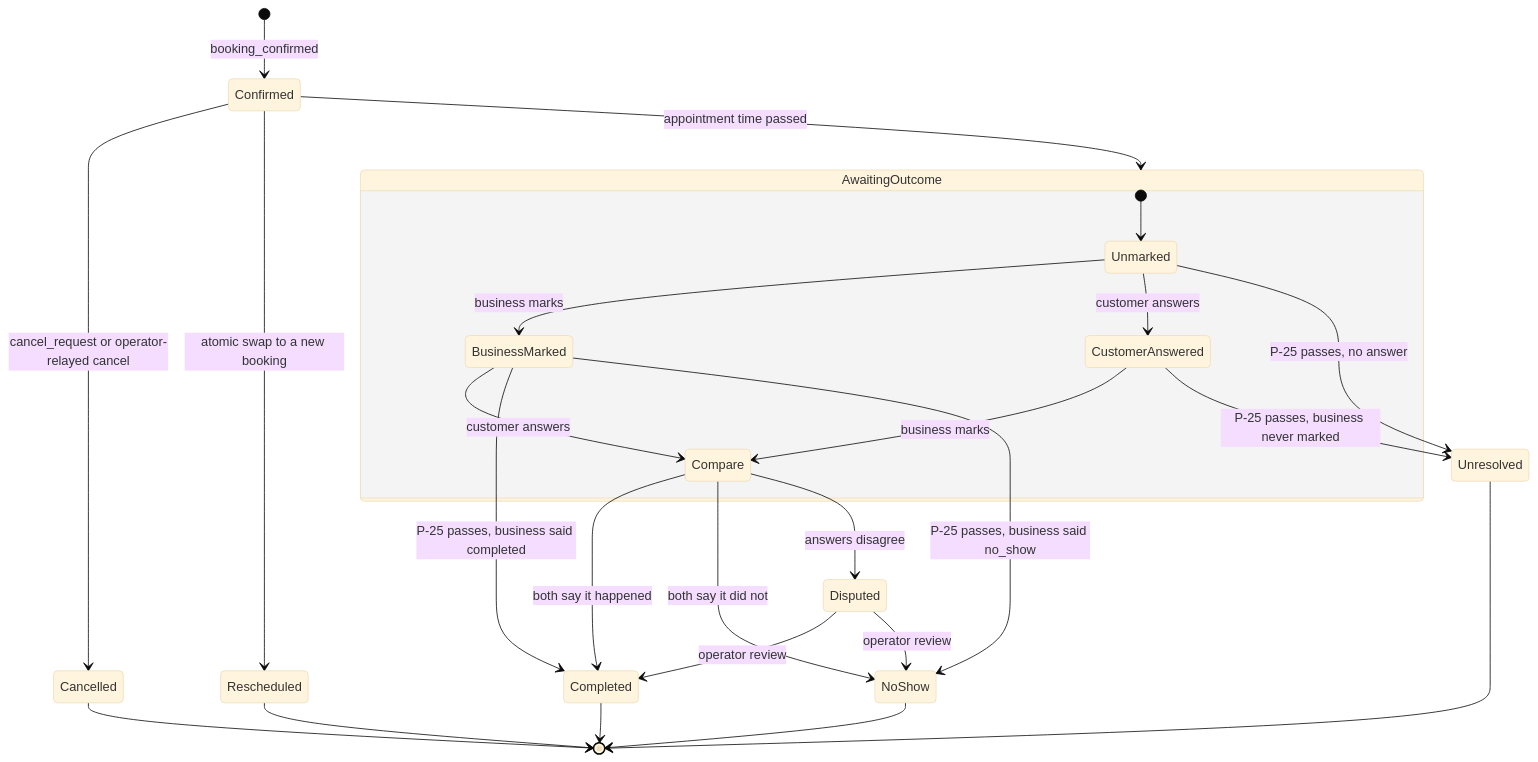
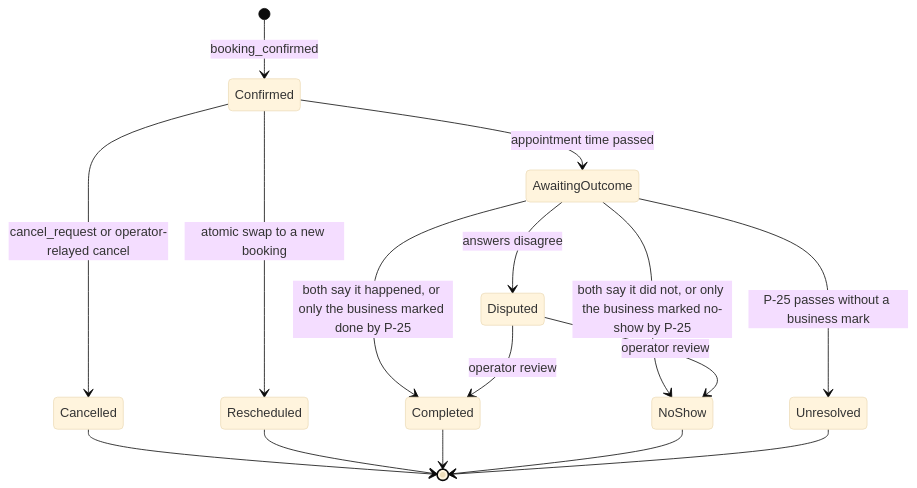
Before and after one commit to Jannisar01/hitchpost: diagram 31 of 36 in docs/sad/21-uml-models.md, drawn with Mermaid (base theme). The commit also changed other lines of this file and 39 other files, not shown here.

````diff
--- a/docs/sad/21-uml-models.md
+++ b/docs/sad/21-uml-models.md
@@ -1377,28 +1412,18 @@
 ```mermaid
 stateDiagram-v2
   [*] --> Confirmed: booking_confirmed
   Confirmed --> Cancelled: cancel_request or operator-relayed cancel
   Confirmed --> Rescheduled: atomic swap to a new booking
   Confirmed --> AwaitingOutcome: appointment time passed
-  state AwaitingOutcome {
-    [*] --> Unmarked
-    Unmarked --> BusinessMarked: business marks
-    Unmarked --> CustomerAnswered: customer answers
-    BusinessMarked --> Compare: customer answers
-    CustomerAnswered --> Compare: business marks
-  }
-  Compare --> Completed: both say it happened
-  Compare --> NoShow: both say it did not
-  Compare --> Disputed: answers disagree
-  BusinessMarked --> Completed: P-25 passes, business said completed
-  BusinessMarked --> NoShow: P-25 passes, business said no_show
-  Unmarked --> Unresolved: P-25 passes, no answer
-  CustomerAnswered --> Unresolved: P-25 passes, business never marked
+  AwaitingOutcome --> Completed: both say it happened, or only the business marked done by P-25
+  AwaitingOutcome --> NoShow: both say it did not, or only the business marked no-show by P-25
+  AwaitingOutcome --> Disputed: answers disagree
+  AwaitingOutcome --> Unresolved: P-25 passes without a business mark
   Disputed --> Completed: operator review
   Disputed --> NoShow: operator review
   Cancelled --> [*]
   Rescheduled --> [*]
   Completed --> [*]
   NoShow --> [*]
   Unresolved --> [*]
 ```
````
